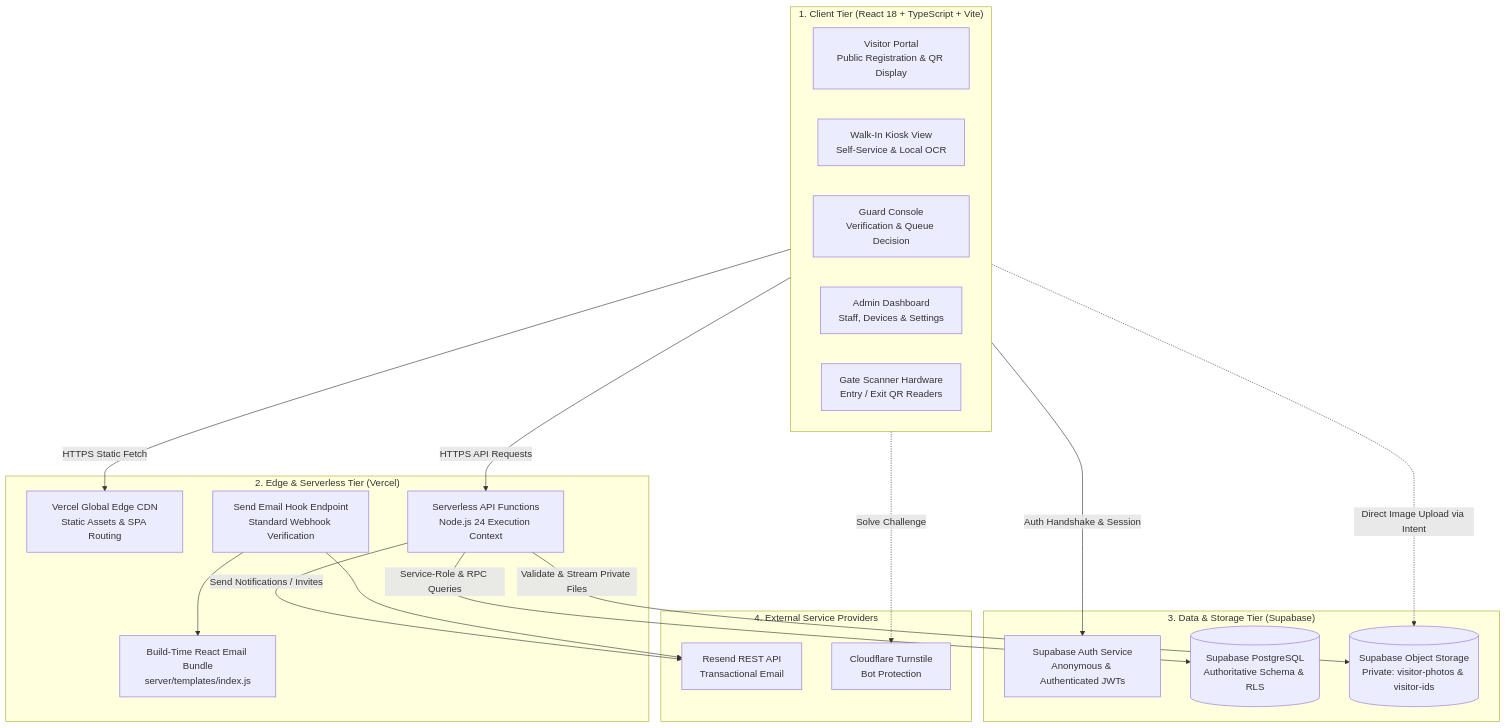
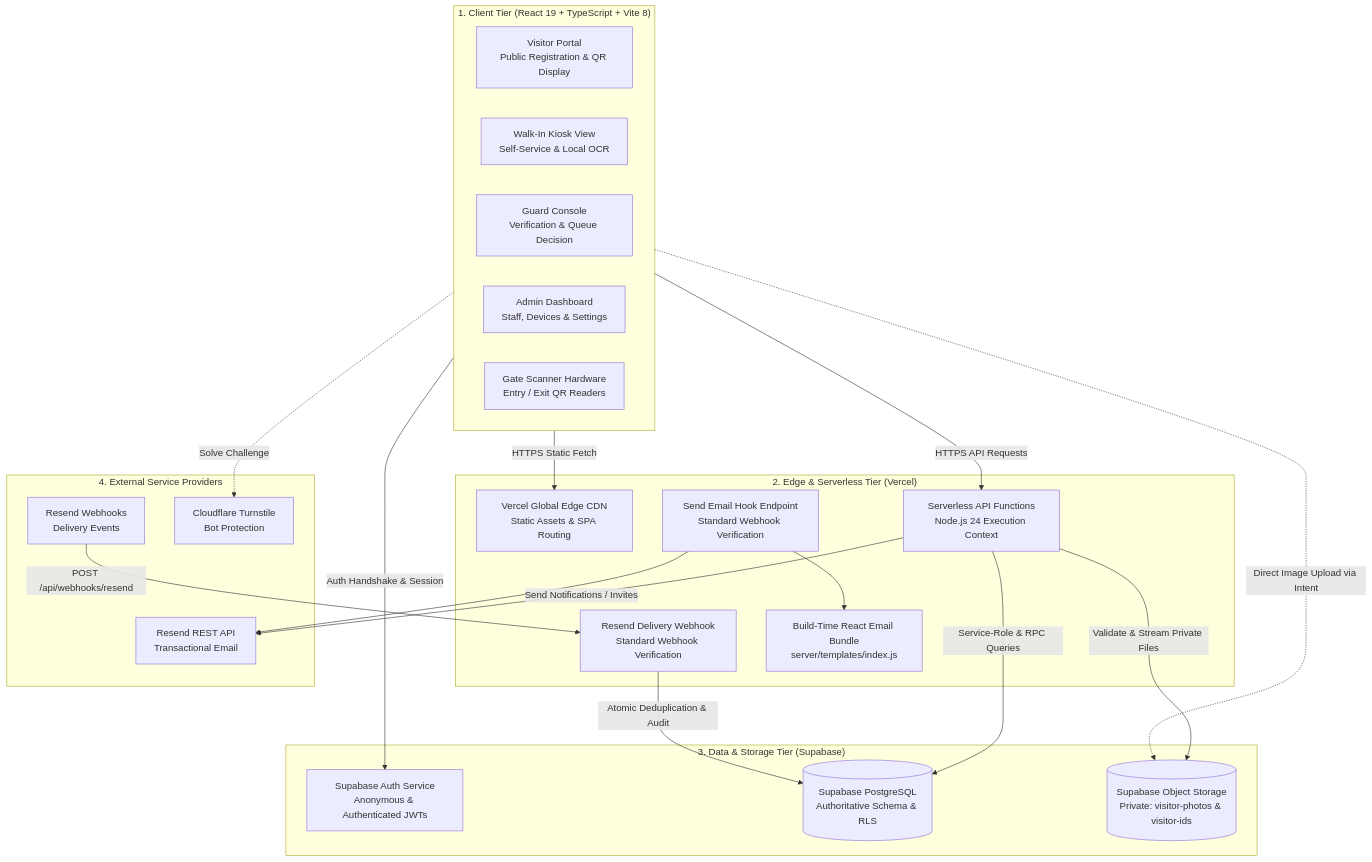
Before and after one commit to jsphhbna/egatepass: the first of 3 diagrams in docs/ARCHITECTURE.md, drawn with Mermaid. The commit also changed other lines of this file and 20 other files, not shown here.

Commit message:
fix(security): isolate preview secrets, enforce fail-closed turnstile, decouple rate-limit key, and guarantee atomic webhook idempotency

````diff
--- a/docs/ARCHITECTURE.md
+++ b/docs/ARCHITECTURE.md
@@ -11,40 +11,44 @@
 ```mermaid
 flowchart TD
-    subgraph ClientTier["1. Client Tier (React 18 + TypeScript + Vite)"]
+    subgraph ClientTier["1. Client Tier (React 19 + TypeScript + Vite 8)"]
         Portal[Visitor Portal<br/>Public Registration & QR Display]
         Kiosk[Walk-In Kiosk View<br/>Self-Service & Local OCR]
         GuardUI[Guard Console<br/>Verification & Queue Decision]
         AdminUI[Admin Dashboard<br/>Staff, Devices & Settings]
         ScannerUI[Gate Scanner Hardware<br/>Entry / Exit QR Readers]
     end
 
     subgraph EdgeTier["2. Edge & Serverless Tier (Vercel)"]
         EdgeCDN[Vercel Global Edge CDN<br/>Static Assets & SPA Routing]
         API[Serverless API Functions<br/>Node.js 24 Execution Context]
         AuthHook[Send Email Hook Endpoint<br/>Standard Webhook Verification]
+        ResendHook[Resend Delivery Webhook<br/>Standard Webhook Verification]
         EmailBundle[Build-Time React Email Bundle<br/>server/templates/index.js]
     end
 
     subgraph DataTier["3. Data & Storage Tier (Supabase)"]
         SupabaseAuth[Supabase Auth Service<br/>Anonymous & Authenticated JWTs]
         Postgres[(Supabase PostgreSQL<br/>Authoritative Schema & RLS)]
         Storage[(Supabase Object Storage<br/>Private: visitor-photos & visitor-ids)]
     end
 
     subgraph ExternalTier["4. External Service Providers"]
         ResendAPI[Resend REST API<br/>Transactional Email]
+        ResendEvents[Resend Webhooks<br/>Delivery Events]
         TurnstileAPI[Cloudflare Turnstile<br/>Bot Protection]
     end
 
     ClientTier -->|HTTPS Static Fetch| EdgeCDN
     ClientTier -->|HTTPS API Requests| API
     ClientTier -->|Auth Handshake & Session| SupabaseAuth
     ClientTier -.->|Direct Image Upload via Intent| Storage
     ClientTier -.->|Solve Challenge| TurnstileAPI
 
     API -->|Service-Role & RPC Queries| Postgres
     API -->|Validate & Stream Private Files| Storage
     API -->|Send Notifications / Invites| ResendAPI
     AuthHook --> EmailBundle
     AuthHook --> ResendAPI
+    ResendEvents -->|POST /api/webhooks/resend| ResendHook
+    ResendHook -->|Atomic Deduplication & Audit| Postgres
 ```
````
